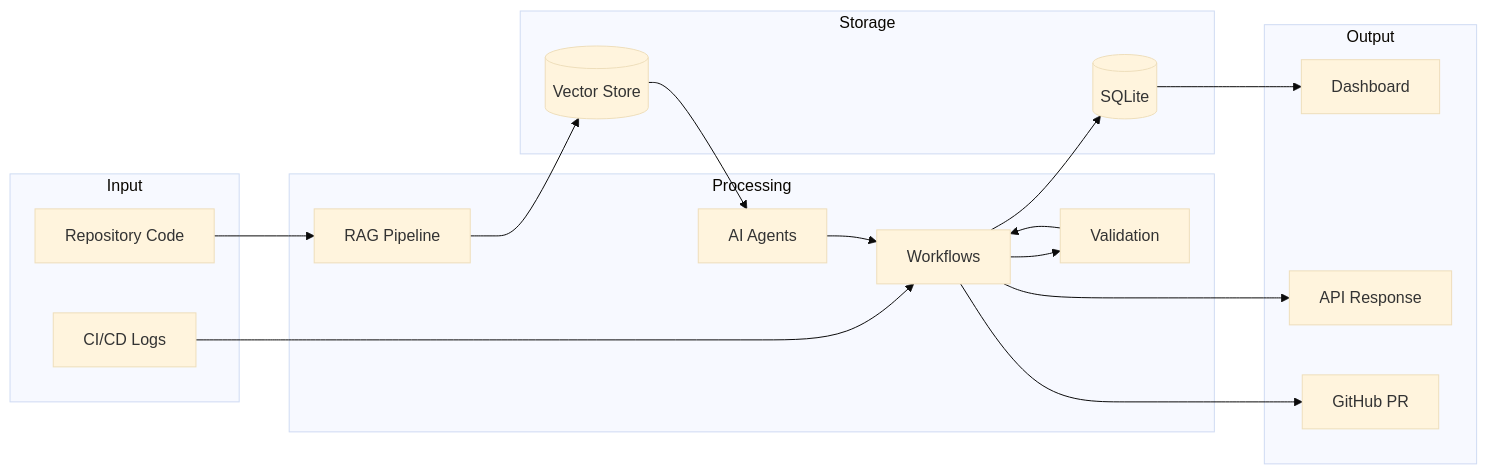
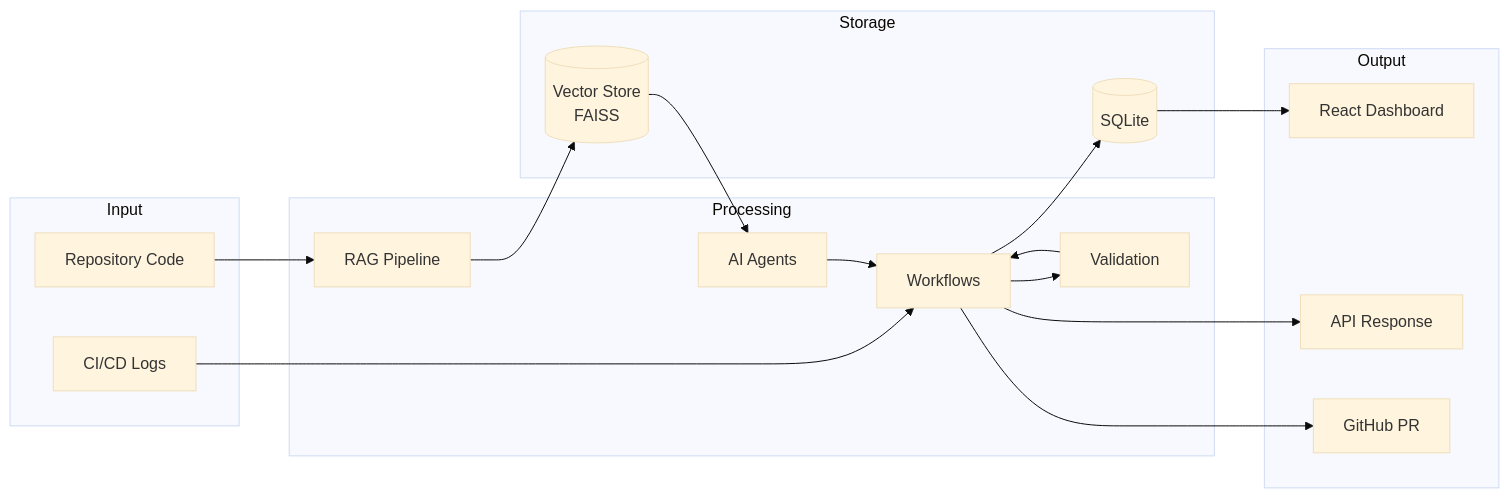
One commit to Poulabi8137/self-healing-ci-agent changed the sixth of 8 diagrams in docs/architecture.md. Above: the diagram before and after it, drawn with Mermaid (base theme). The commit also changed other lines of this file and 38 other files, not shown here.

````diff
--- a/docs/architecture.md
+++ b/docs/architecture.md
@@ -92,37 +438,37 @@
 ```mermaid
 flowchart LR
     subgraph Input
         LOGS[CI/CD Logs]
         REPO[Repository Code]
     end
 
     subgraph Processing
         RAG[RAG Pipeline]
         AG[AI Agents]
         VAL[Validation]
         WKF[Workflows]
     end
 
     subgraph Storage
         DB[(SQLite)]
-        VS[(Vector Store)]
+        VS[(Vector Store<br/>FAISS)]
     end
 
     subgraph Output
-        DASH[Dashboard]
+        DASH[React Dashboard]
         API[API Response]
         PR[GitHub PR]
     end
 
     LOGS --> WKF
     REPO --> RAG
     RAG --> VS
     VS --> AG
     AG --> WKF
     WKF --> VAL
     VAL --> WKF
     WKF --> DB
     DB --> DASH
     WKF --> API
     WKF --> PR
 ```
````
